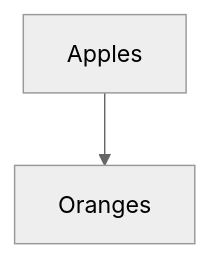
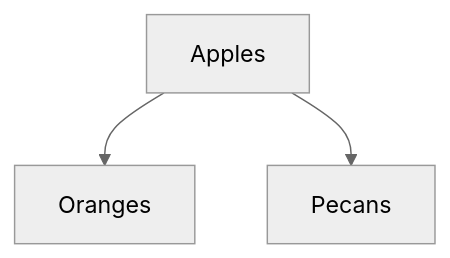
Before and after one commit to samanthapena507-arch/Applied-ai-system-final_: the diagram in Diagrams/mermaid.md, drawn with Mermaid (neutral theme).

Commit message:
Add Pecans to the flowchart

````diff
--- a/Diagrams/mermaid.md
+++ b/Diagrams/mermaid.md
@@ -1,4 +1,5 @@
 ```mermaid
 flowchart TD
 A[Apples] --> B[Oranges]
+A[Apples] --> C[Pecans]
 ```
````
